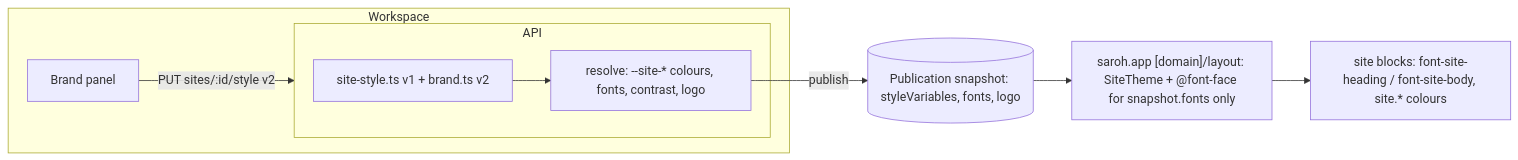
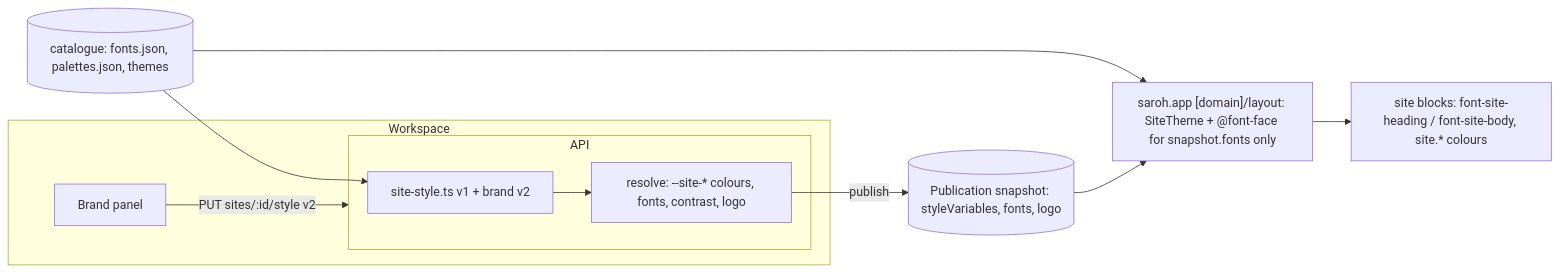
The first of 2 diagrams in docs/plans/2026-09-26-008-feat-brand-v2-plan.md (saroh-labs/saroh.in), drawn with Mermaid before and after one commit. The commit also changed other lines of this file and 3 other files, not shown here.

First line of the commit message:
docs(plans): Brand v2 offers a font catalogue and a palette catalogue; the font fix ships now

````diff
--- a/docs/plans/2026-09-26-008-feat-brand-v2-plan.md
+++ b/docs/plans/2026-09-26-008-feat-brand-v2-plan.md
@@ -342,12 +422,14 @@
 ```mermaid
 flowchart LR
+  C[(catalogue: fonts.json, palettes.json, themes)] --> V
+  C --> L
   subgraph Workspace
     P[Brand panel] -->|PUT sites/:id/style v2| API
   end
   subgraph API
-    V[site-style.ts v1 + brand.ts v2] --> R[resolve: --site-* colours, fonts, contrast, logo]
+    V[site-style.ts v1 + brand v2] --> R[resolve: --site-* colours, fonts, contrast, logo]
   end
   R -->|publish| S[(Publication snapshot: styleVariables, fonts, logo)]
   S --> L["saroh.app [domain]/layout: SiteTheme + @font-face for snapshot.fonts only"]
   L --> B[site blocks: font-site-heading / font-site-body, site.* colours]
 ```
````
